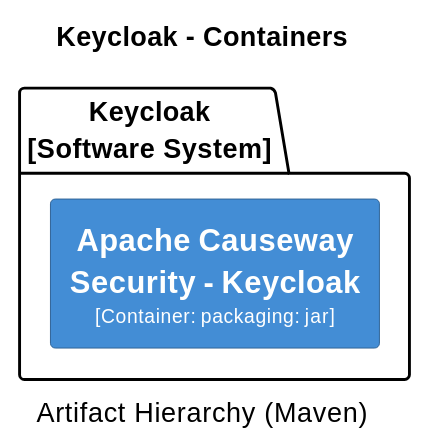
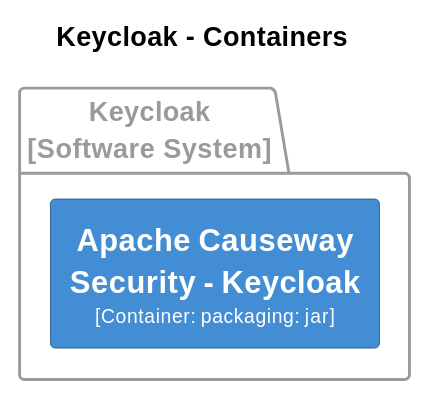
Before and after one commit to apache/causeway: diagram 12 of 31 in core/adoc/modules/_overview/pages/about.adoc, drawn with PlantUML. The commit also changed other lines of this file and 7 other files, not shown here.

```diff
--- a/core/adoc/modules/_overview/pages/about.adoc
+++ b/core/adoc/modules/_overview/pages/about.adoc
@@ -2238,25 +2565,33 @@
 [plantuml,Keycloak,svg]
 ----
-@startuml(id=Keycloak)
+@startuml
+set separator none
 title Keycloak - Containers
-caption Artifact Hierarchy (Maven)
+
+left to right direction
 
 skinparam {
   shadowing false
   arrowFontSize 10
   defaultTextAlignment center
   wrapWidth 200
   maxMessageSize 100
 }
+
 hide stereotype
-left to right direction
-skinparam rectangle<<2>> {
+
+skinparam rectangle<<Keycloak.ApacheCausewaySecurityKeycloak>> {
   BackgroundColor #438dd5
   FontColor #fffffe
   BorderColor #2e6295
 }
-package "Keycloak\n[Software System]" {
-  rectangle "==Apache Causeway Security - Keycloak\n<size:10>[Container: packaging: jar]</size>" <<2>> as 2
+
+package "Keycloak\n[Software System]" <<Keycloak>> {
+  skinparam PackageBorderColor<<Keycloak>> #9a9a9a
+  skinparam PackageFontColor<<Keycloak>> #9a9a9a
+
+  rectangle "==Apache Causeway Security - Keycloak\n<size:10>[Container: packaging: jar]</size>" <<Keycloak.ApacheCausewaySecurityKeycloak>> as Keycloak.ApacheCausewaySecurityKeycloak
 }
+
 @enduml
 ----
```
